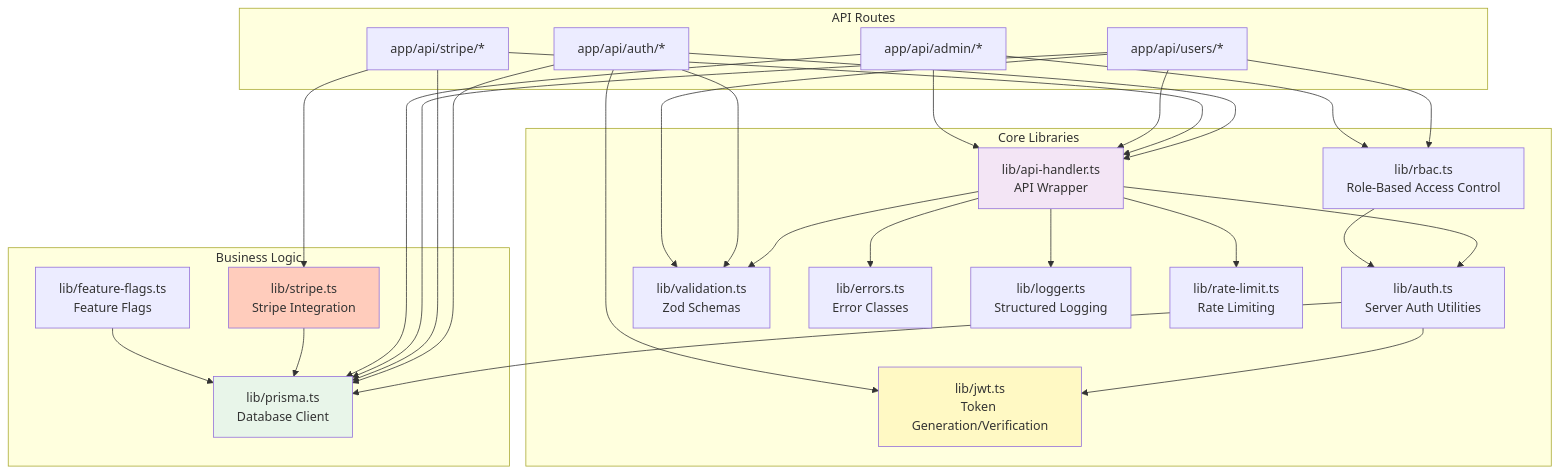
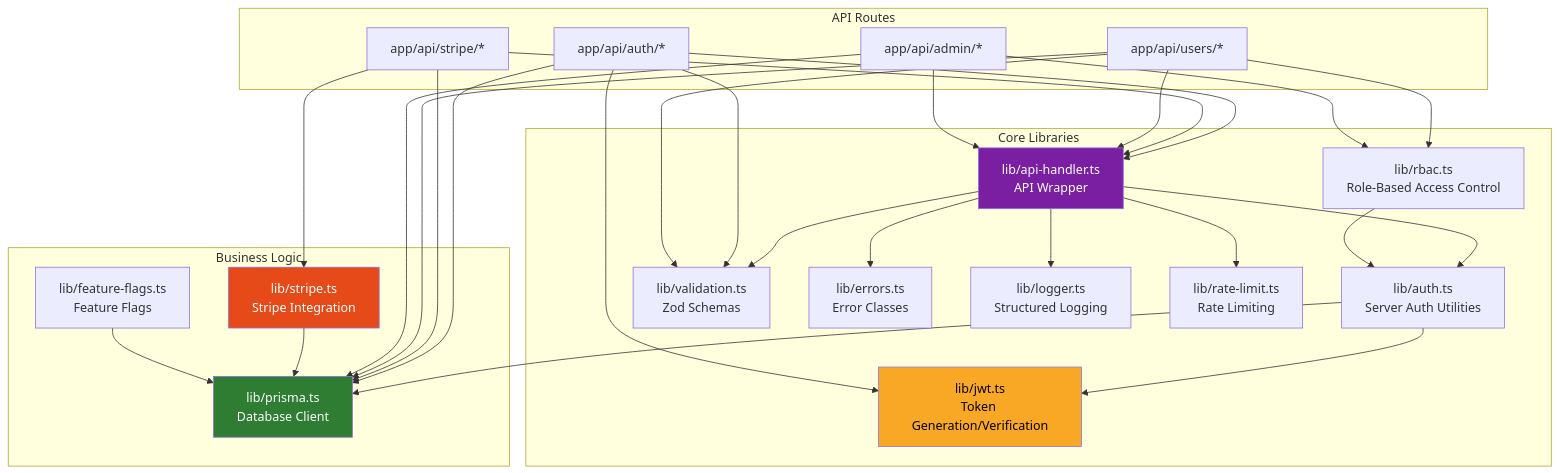
Diagram 11 of 15 in DIAGRAMS.md (v1becheck/Next.js-SaaS-Starter), drawn with Mermaid before and after one commit. The commit also changed other lines of this file, not shown here.

````diff
--- a/DIAGRAMS.md
+++ b/DIAGRAMS.md
@@ -513,63 +513,63 @@
 ```mermaid
 graph TD
     subgraph "Core Libraries"
         JWT[lib/jwt.ts<br/>Token Generation/Verification]
         AUTH[lib/auth.ts<br/>Server Auth Utilities]
         RBAC[lib/rbac.ts<br/>Role-Based Access Control]
         VALID[lib/validation.ts<br/>Zod Schemas]
         ERRORS[lib/errors.ts<br/>Error Classes]
         LOGGER[lib/logger.ts<br/>Structured Logging]
         RATE[lib/rate-limit.ts<br/>Rate Limiting]
         HANDLER[lib/api-handler.ts<br/>API Wrapper]
     end
     
     subgraph "Business Logic"
         STRIPE[lib/stripe.ts<br/>Stripe Integration]
         FEATURES[lib/feature-flags.ts<br/>Feature Flags]
         PRISMA[lib/prisma.ts<br/>Database Client]
     end
     
     subgraph "API Routes"
         AUTH_ROUTES[app/api/auth/*]
         STRIPE_ROUTES[app/api/stripe/*]
         USER_ROUTES[app/api/users/*]
         ADMIN_ROUTES[app/api/admin/*]
     end
     
     HANDLER --> RATE
     HANDLER --> VALID
     HANDLER --> ERRORS
     HANDLER --> LOGGER
     HANDLER --> AUTH
     
     AUTH --> JWT
     AUTH --> PRISMA
     
     RBAC --> AUTH
     
     AUTH_ROUTES --> HANDLER
     AUTH_ROUTES --> JWT
     AUTH_ROUTES --> PRISMA
     AUTH_ROUTES --> VALID
     
     STRIPE_ROUTES --> HANDLER
     STRIPE_ROUTES --> STRIPE
     STRIPE_ROUTES --> PRISMA
     
     USER_ROUTES --> HANDLER
     USER_ROUTES --> RBAC
     USER_ROUTES --> PRISMA
     USER_ROUTES --> VALID
     
     ADMIN_ROUTES --> HANDLER
     ADMIN_ROUTES --> RBAC
     ADMIN_ROUTES --> PRISMA
     
     STRIPE --> PRISMA
     FEATURES --> PRISMA
     
-    style HANDLER fill:#f3e5f5
-    style JWT fill:#fff9c4
-    style PRISMA fill:#e8f5e9
-    style STRIPE fill:#ffccbc
+    style HANDLER fill:#7b1fa2,color:#fff
+    style JWT fill:#f9a825,color:#000
+    style PRISMA fill:#2e7d32,color:#fff
+    style STRIPE fill:#e64a19,color:#fff
 ```
````
